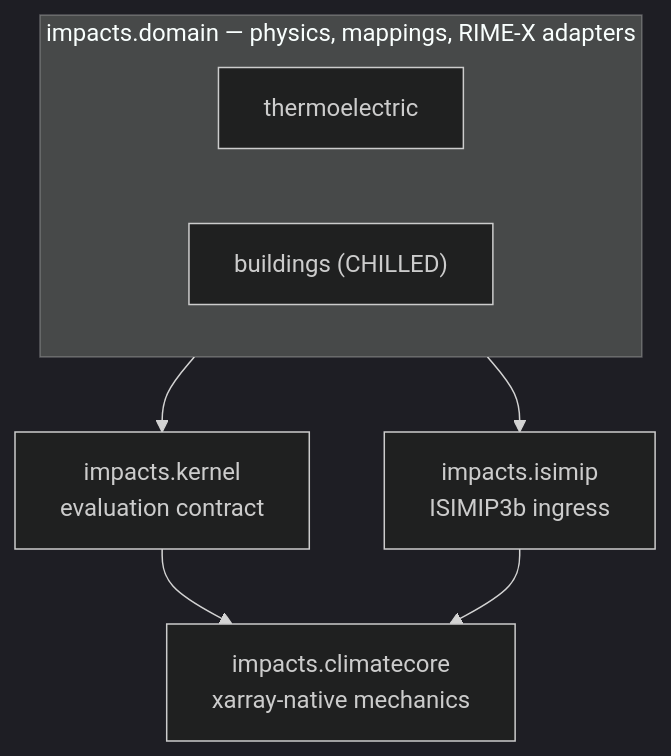
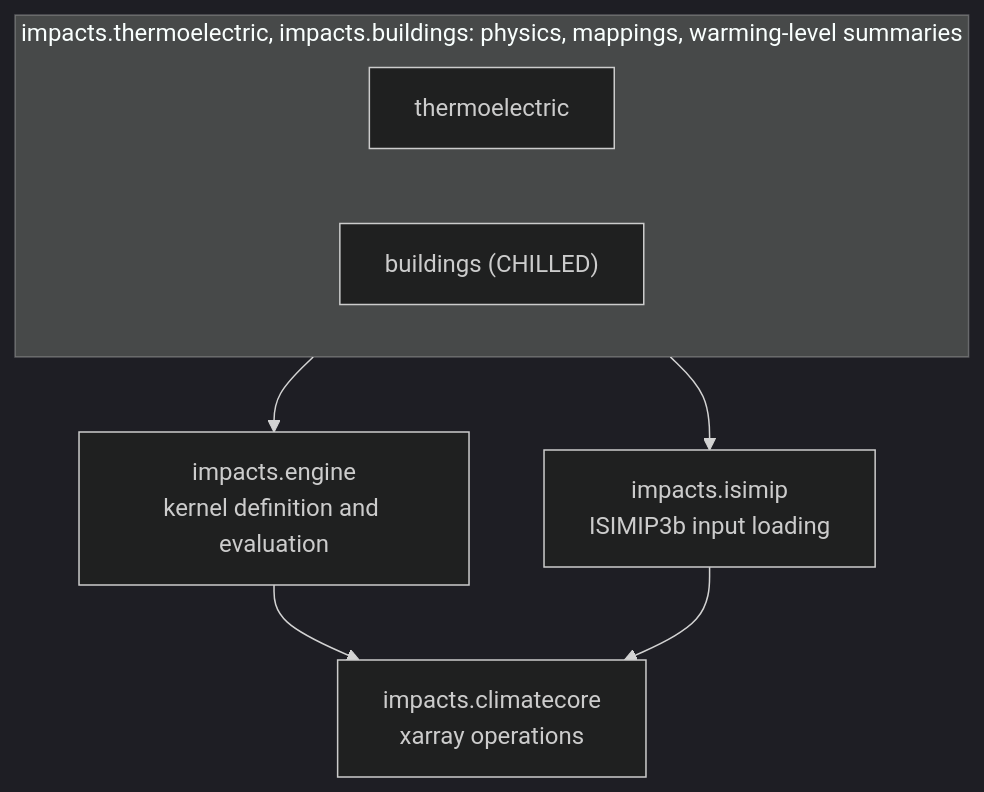
Before and after one commit to iiasa/climate-impact-kernels: the first of 2 diagrams in README.md, drawn with Mermaid (dark theme). The commit also changed other lines of this file and 272 other files, not shown here.

````diff
--- a/README.md
+++ b/README.md
@@ -87,16 +105,16 @@
 ```mermaid
 flowchart TD
-    subgraph domain["impacts.domain — physics, mappings, RIME-X adapters"]
+    subgraph domain["impacts.thermoelectric, impacts.buildings: physics, mappings, warming-level summaries"]
         thermo["thermoelectric"]
         buildings["buildings (CHILLED)"]
     end
 
-    kernel["impacts.kernel<br/>evaluation contract"]
-    isimip["impacts.isimip<br/>ISIMIP3b ingress"]
-    core["impacts.climatecore<br/>xarray-native mechanics"]
+    kernel["impacts.engine<br/>kernel definition and evaluation"]
+    isimip["impacts.isimip<br/>ISIMIP3b input loading"]
+    core["impacts.climatecore<br/>xarray operations"]
 
     domain --> kernel
     domain --> isimip
     kernel --> core
     isimip --> core
 ```
````
